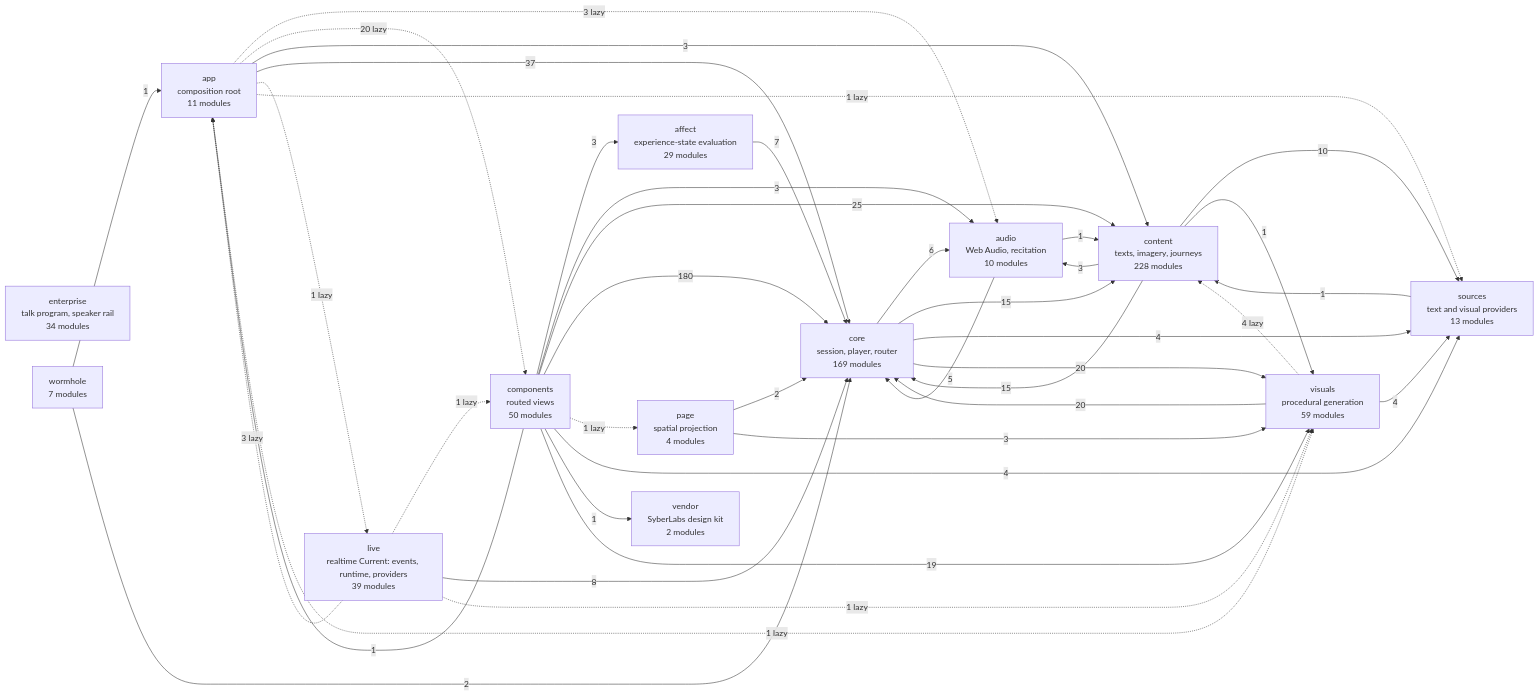
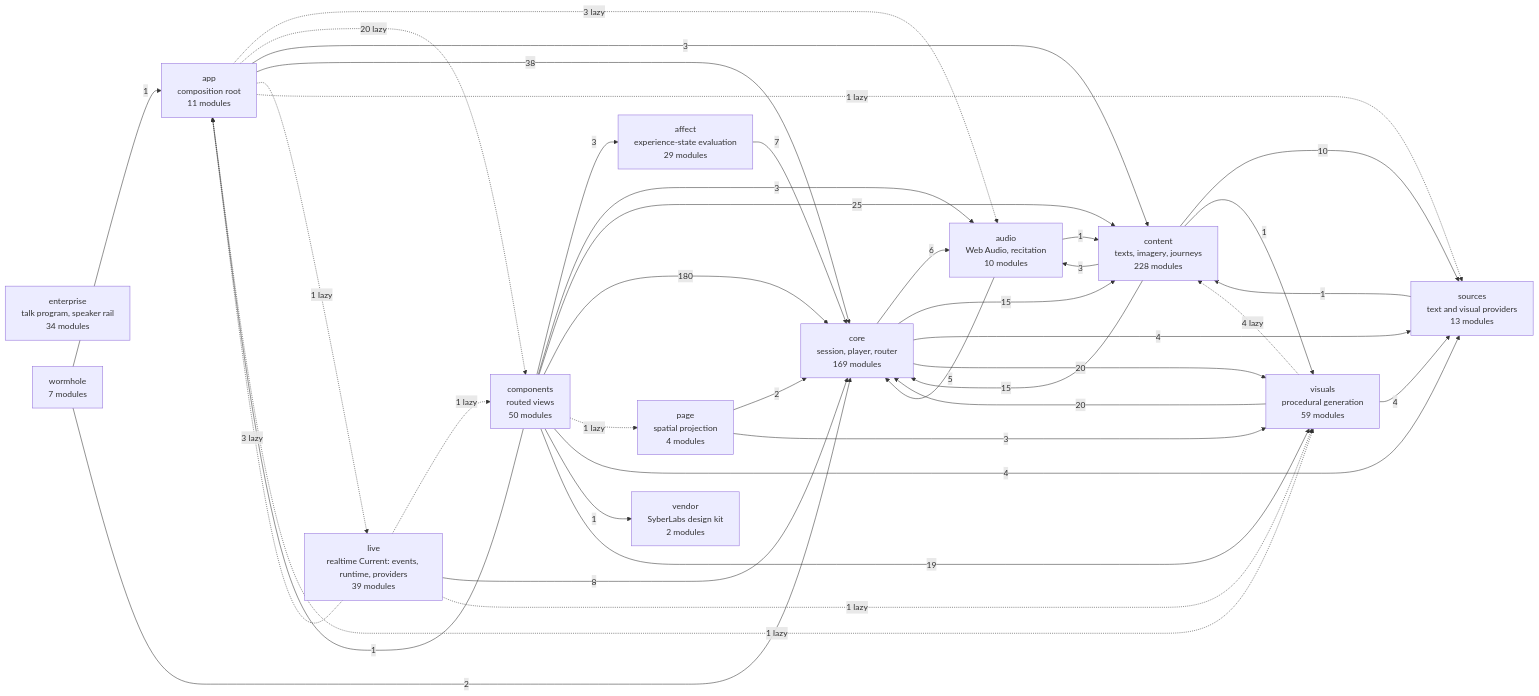
The diagram in docs/specs/ARCHITECTURE.md (SyberLabs/RISE), drawn with Mermaid before and after one commit. The commit also changed 7 other files, not shown here.

````diff
--- a/docs/specs/ARCHITECTURE.md
+++ b/docs/specs/ARCHITECTURE.md
@@ -151,56 +151,56 @@
 ```mermaid
 flowchart LR
     affect["affect<br/>experience-state evaluation<br/>29 modules"]
     app["app<br/>composition root<br/>11 modules"]
     audio["audio<br/>Web Audio, recitation<br/>10 modules"]
     components["components<br/>routed views<br/>50 modules"]
     content["content<br/>texts, imagery, journeys<br/>228 modules"]
     core["core<br/>session, player, router<br/>169 modules"]
     enterprise["enterprise<br/>talk program, speaker rail<br/>34 modules"]
     live["live<br/>realtime Current: events, runtime, providers<br/>39 modules"]
     page["page<br/>spatial projection<br/>4 modules"]
     sources["sources<br/>text and visual providers<br/>13 modules"]
     vendor["vendor<br/>SyberLabs design kit<br/>2 modules"]
     visuals["visuals<br/>procedural generation<br/>59 modules"]
     wormhole["wormhole<br/>7 modules"]
 
     affect --> |7| core
     app -.-> |3 lazy| audio
     app -.-> |20 lazy| components
     app --> |3| content
-    app --> |37| core
+    app --> |38| core
     app -.-> |1 lazy| live
     app -.-> |1 lazy| sources
     app -.-> |1 lazy| visuals
     audio --> |1| content
     audio --> |5| core
     components --> |3| affect
     components --> |1| app
     components --> |3| audio
     components --> |25| content
     components --> |180| core
     components -.-> |1 lazy| page
     components --> |4| sources
     components --> |1| vendor
     components --> |19| visuals
     content --> |3| audio
     content --> |15| core
     content --> |10| sources
     content --> |1| visuals
     core --> |6| audio
     core --> |15| content
     core --> |4| sources
     core --> |20| visuals
     live -.-> |3 lazy| app
     live -.-> |1 lazy| components
     live --> |8| core
     live -.-> |1 lazy| visuals
     page --> |2| core
     page --> |3| visuals
     sources --> |1| content
     visuals -.-> |4 lazy| content
     visuals --> |20| core
     visuals --> |4| sources
     wormhole --> |1| app
     wormhole --> |2| core
 ```
````
